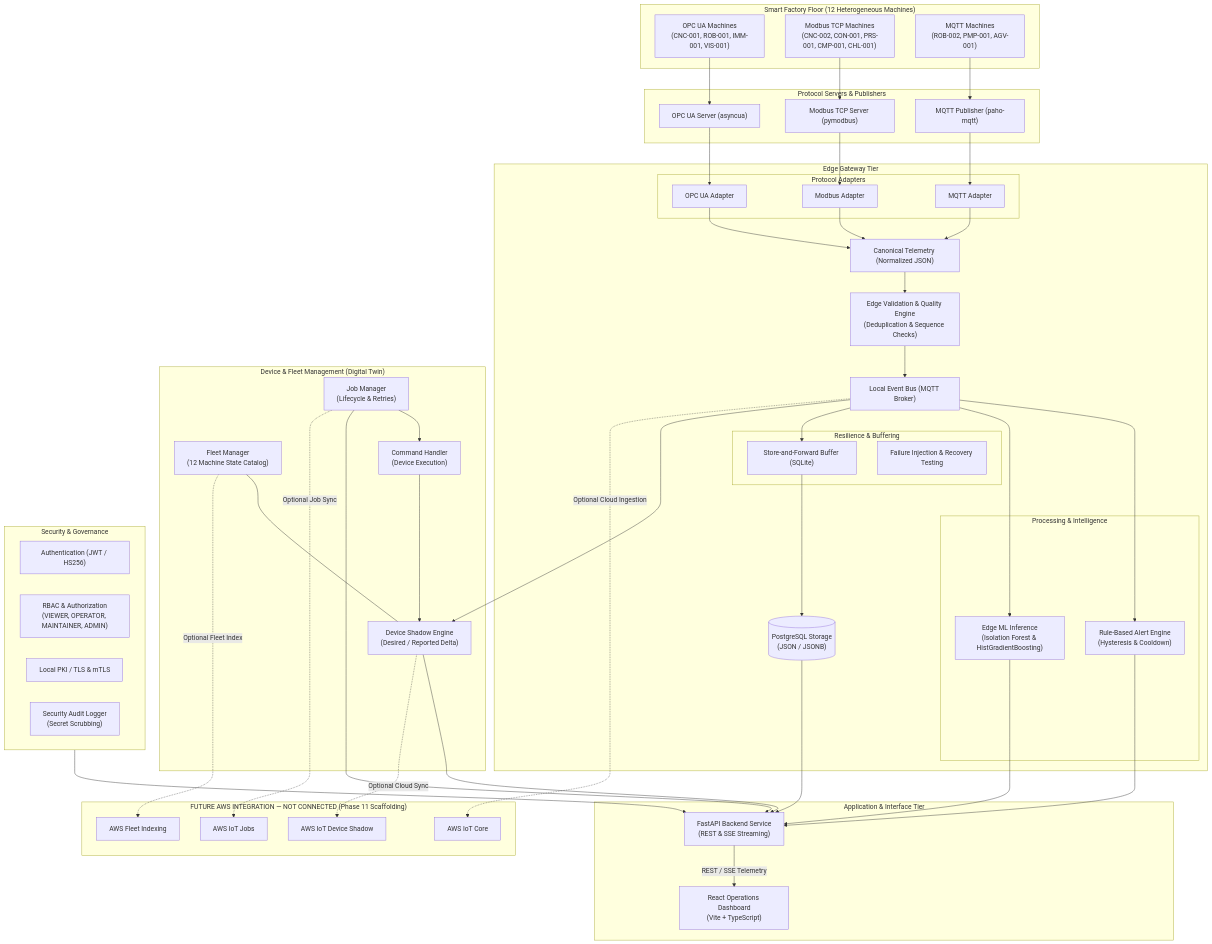
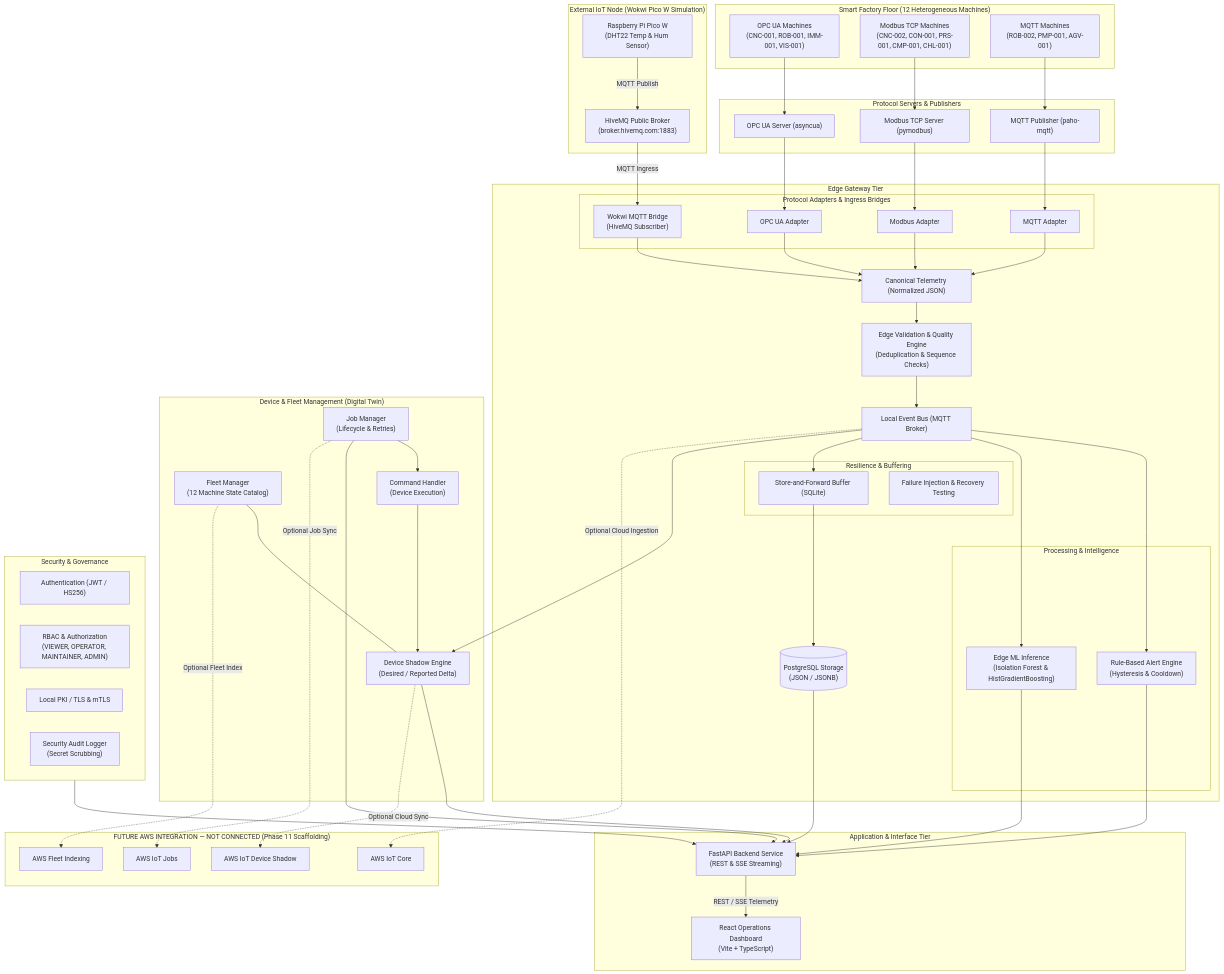
The diagram in README.md (Nekilesh001/IoT_Mini_Project), drawn with Mermaid before and after one commit. The commit also changed other lines of this file, not shown here.

Commit message:
docs: update README with Wokwi integration, roadmap status, and verification guides

```diff
--- a/README.md
+++ b/README.md
@@ -29,20 +29,29 @@
     M_MOD --> S_MOD
     M_MQTT --> S_MQTT
 
+    subgraph WOKWI_EXT["External IoT Node (Wokwi Pico W Simulation)"]
+        PICO["Raspberry Pi Pico W<br/>(DHT22 Temp & Hum Sensor)"]
+        HIVEMQ["HiveMQ Public Broker<br/>(broker.hivemq.com:1883)"]
+        PICO -->|MQTT Publish| HIVEMQ
+    end
+
     subgraph EDGE["Edge Gateway Tier"]
-        subgraph ADAPTERS["Protocol Adapters"]
+        subgraph ADAPTERS["Protocol Adapters & Ingress Bridges"]
             A_OPC["OPC UA Adapter"]
             A_MOD["Modbus Adapter"]
             A_MQTT["MQTT Adapter"]
+            A_WOKWI["Wokwi MQTT Bridge<br/>(HiveMQ Subscriber)"]
         end
 
         S_OPC --> A_OPC
         S_MOD --> A_MOD
         S_MQTT --> A_MQTT
+        HIVEMQ -->|MQTT Ingress| A_WOKWI
 
         A_OPC --> CANON["Canonical Telemetry (Normalized JSON)"]
         A_MOD --> CANON
         A_MQTT --> CANON
+        A_WOKWI --> CANON
 
         CANON --> INGEST["Edge Validation & Quality Engine<br/>(Deduplication & Sequence Checks)"]
         INGEST --> EVBUS["Local Event Bus (MQTT Broker)"]
```
